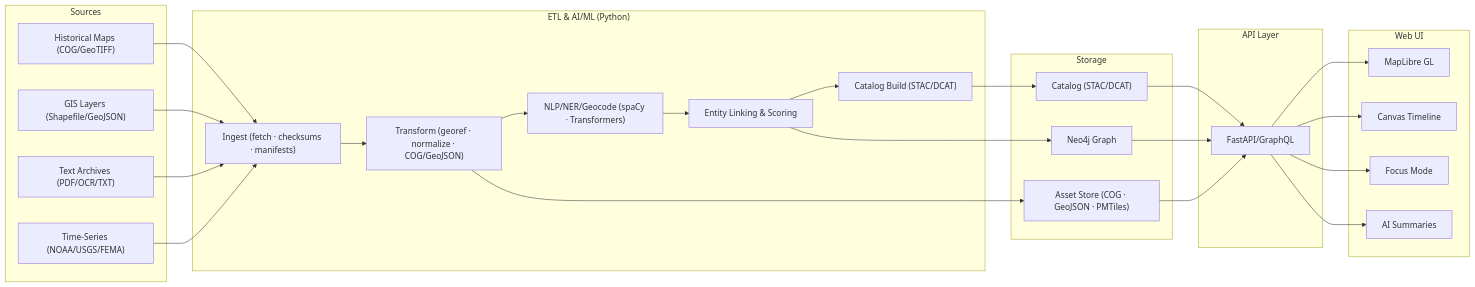
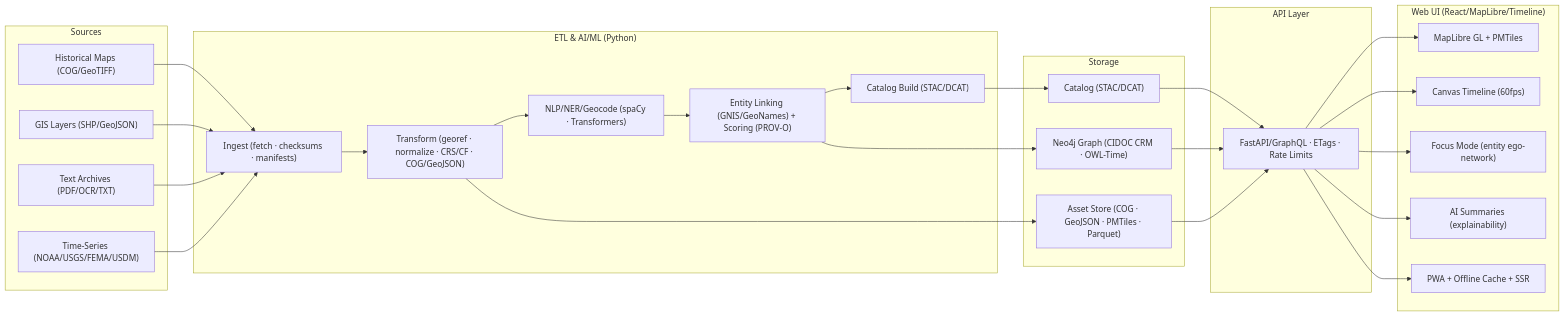
One commit to bartytime4life/Kansas-Frontier-Matrix changed the diagram in .github/README.md. Above: the diagram before and after it, drawn with Mermaid. The commit also changed other lines of this file, not shown here.

````diff
--- a/.github/README.md
+++ b/.github/README.md
@@ -88,57 +88,41 @@
 ```mermaid
 flowchart LR
   subgraph SOURCES["Sources"]
     A["Historical Maps (COG/GeoTIFF)"]
-    B["GIS Layers (Shapefile/GeoJSON)"]
+    B["GIS Layers (SHP/GeoJSON)"]
     C["Text Archives (PDF/OCR/TXT)"]
-    D["Time-Series (NOAA/USGS/FEMA)"]
+    D["Time-Series (NOAA/USGS/FEMA/USDM)"]
   end
 
   subgraph ETL_AI["ETL & AI/ML (Python)"]
     E["Ingest (fetch · checksums · manifests)"]
-    F["Transform (georef · normalize · COG/GeoJSON)"]
+    F["Transform (georef · normalize · CRS/CF · COG/GeoJSON)"]
     G["NLP/NER/Geocode (spaCy · Transformers)"]
-    H["Entity Linking & Scoring"]
+    H["Entity Linking (GNIS/GeoNames) + Scoring (PROV-O)"]
     I["Catalog Build (STAC/DCAT)"]
   end
 
   subgraph STORAGE["Storage"]
-    J["Neo4j Graph"]
-    K["Asset Store (COG · GeoJSON · PMTiles)"]
+    J["Neo4j Graph (CIDOC CRM · OWL-Time)"]
+    K["Asset Store (COG · GeoJSON · PMTiles · Parquet)"]
     L["Catalog (STAC/DCAT)"]
   end
 
   subgraph API["API Layer"]
-    M["FastAPI/GraphQL"]
+    M["FastAPI/GraphQL · ETags · Rate Limits"]
   end
 
-  subgraph WEBUI["Web UI"]
-    N["MapLibre GL"]
-    O["Canvas Timeline"]
-    P["Focus Mode"]
-    Q["AI Summaries"]
+  subgraph WEBUI["Web UI (React/MapLibre/Timeline)"]
+    N["MapLibre GL + PMTiles"]
+    O["Canvas Timeline (60fps)"]
+    P["Focus Mode (entity ego-network)"]
+    Q["AI Summaries (explainability)"]
+    R["PWA + Offline Cache + SSR"]
   end
 
-  A --> E
-  B --> E
-  C --> E
-  D --> E
-
-  E --> F
-  F --> G
-  G --> H
-  H --> I
-
-  F --> K
-  H --> J
-  I --> L
-
-  J --> M
-  K --> M
-  L --> M
-
-  M --> N
-  M --> O
-  M --> P
-  M --> Q
+  A-->E; B-->E; C-->E; D-->E
+  E-->F-->G-->H-->I
+  F-->K; H-->J; I-->L
+  J-->M; K-->M; L-->M
+  M-->N; M-->O; M-->P; M-->Q; M-->R
 ```
````
